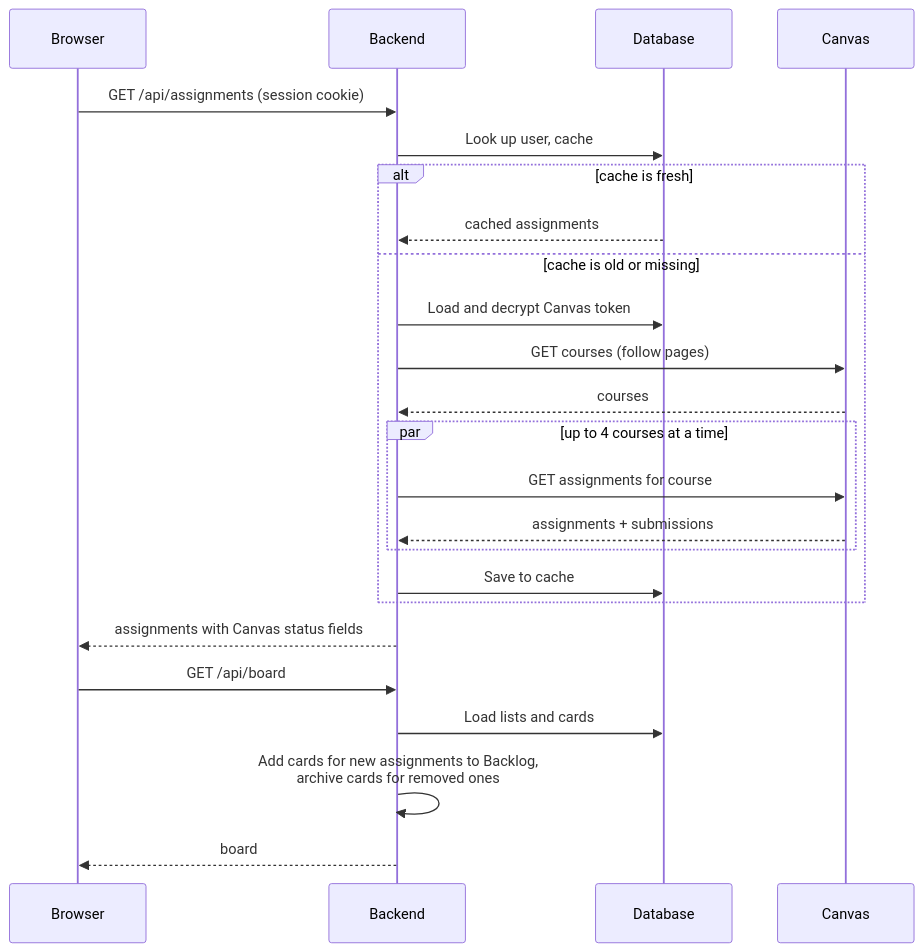
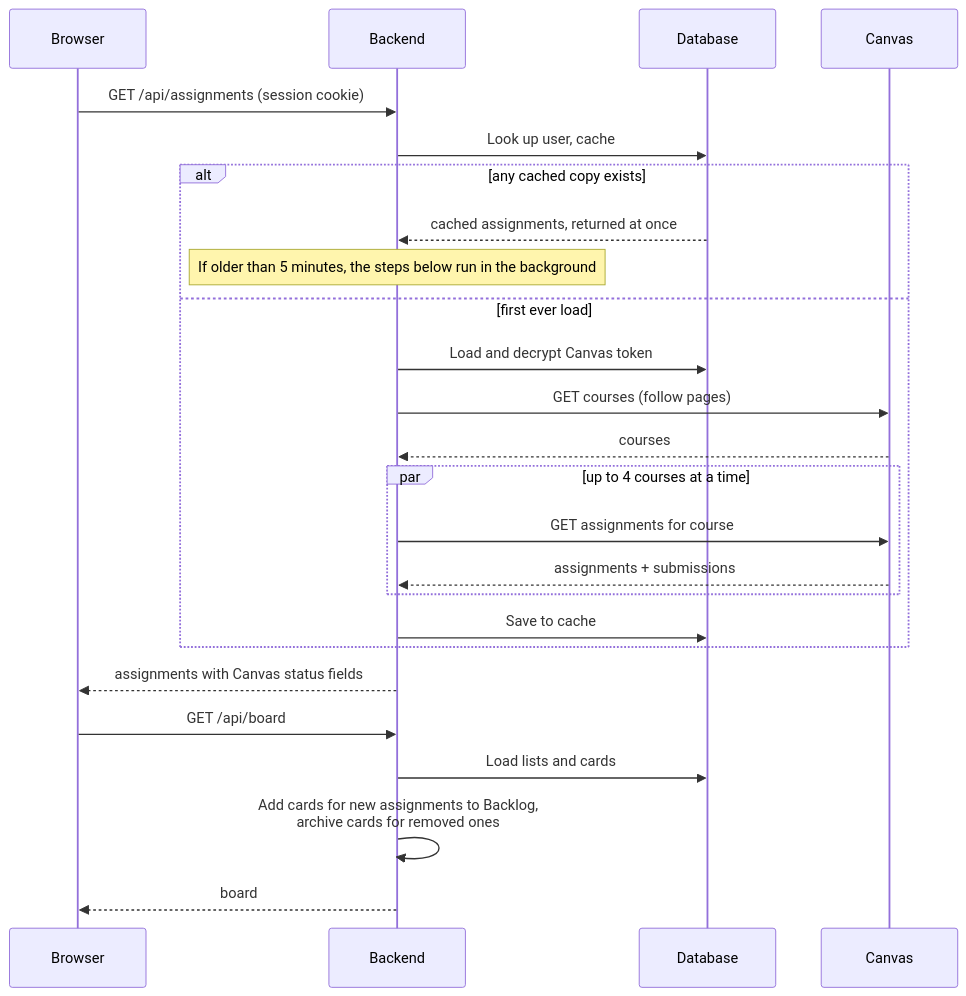
Before and after one commit to bbranton/TestProj: the fifth of 6 diagrams in docs/canvas-portal/03-design.md, drawn with Mermaid. The commit also changed other lines of this file and 5 other files, not shown here.

````diff
--- a/docs/canvas-portal/03-design.md
+++ b/docs/canvas-portal/03-design.md
@@ -490,27 +492,28 @@
 ```mermaid
 sequenceDiagram
     participant B as Browser
     participant A as Backend
     participant D as Database
     participant C as Canvas
 
     B->>A: GET /api/assignments (session cookie)
     A->>D: Look up user, cache
-    alt cache is fresh
-        D-->>A: cached assignments
-    else cache is old or missing
+    alt any cached copy exists
+        D-->>A: cached assignments, returned at once
+        Note over A: If older than 5 minutes, the steps below run in the background
+    else first ever load
         A->>D: Load and decrypt Canvas token
         A->>C: GET courses (follow pages)
         C-->>A: courses
         par up to 4 courses at a time
             A->>C: GET assignments for course
             C-->>A: assignments + submissions
         end
         A->>D: Save to cache
     end
     A-->>B: assignments with Canvas status fields
     B->>A: GET /api/board
     A->>D: Load lists and cards
     A->>A: Add cards for new assignments to Backlog,<br/>archive cards for removed ones
     A-->>B: board
 ```
````
